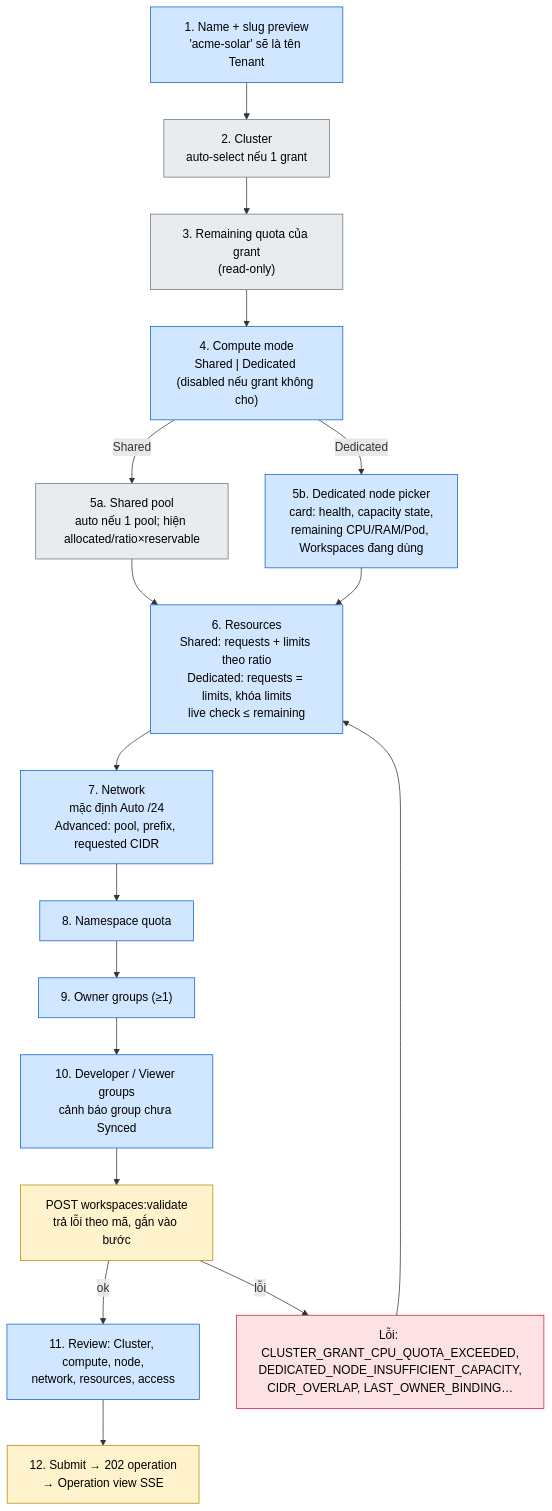
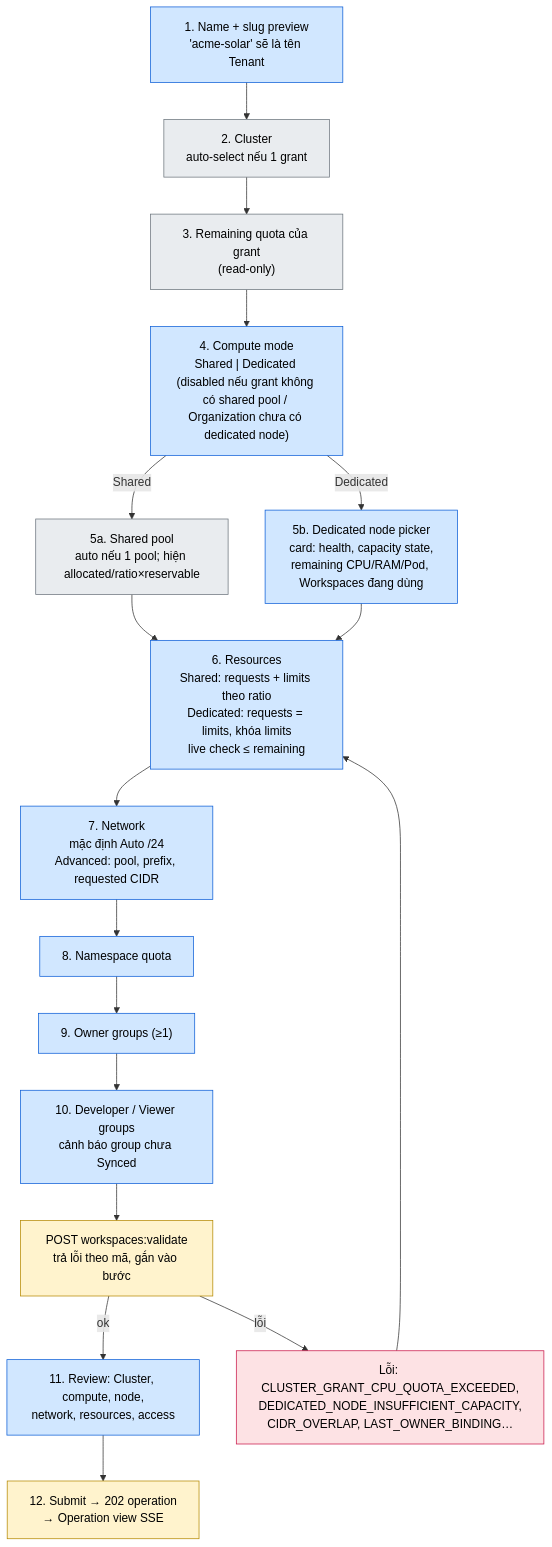
The fourth of 6 diagrams in docs/architecture/07-ux-wireflow.md (thaihoc1310/tenantry), drawn with Mermaid before and after one commit. The commit also changed 3 other files, not shown here.

Commit message:
docs(plan): drop leftover node selector from the seed and compute mode flags from grant, IPAM and wizard text

````diff
--- a/docs/architecture/07-ux-wireflow.md
+++ b/docs/architecture/07-ux-wireflow.md
@@ -139,30 +139,30 @@
 ```mermaid
 flowchart TB
   classDef st fill:#d1e7ff,stroke:#0b5ed7,color:#000
   classDef auto fill:#e9ecef,stroke:#6c757d,color:#000
   classDef api fill:#fff3cd,stroke:#b58900,color:#000
   classDef err fill:#fde2e4,stroke:#c9184a,color:#000
 
   B1["1. Name + slug preview<br/>'acme-solar' sẽ là tên Tenant"]:::st
   B2["2. Cluster<br/>auto-select nếu 1 grant"]:::auto
   B3["3. Remaining quota của grant<br/>(read-only)"]:::auto
-  B4["4. Compute mode<br/>Shared | Dedicated (disabled nếu grant không cho)"]:::st
+  B4["4. Compute mode<br/>Shared | Dedicated (disabled nếu grant không có shared pool / Organization chưa có dedicated node)"]:::st
   B5s["5a. Shared pool<br/>auto nếu 1 pool; hiện allocated/ratio×reservable"]:::auto
   B5d["5b. Dedicated node picker<br/>card: health, capacity state,<br/>remaining CPU/RAM/Pod, Workspaces đang dùng"]:::st
   B6["6. Resources<br/>Shared: requests + limits theo ratio<br/>Dedicated: requests = limits, khóa limits<br/>live check ≤ remaining"]:::st
   B7["7. Network<br/>mặc định Auto /24<br/>Advanced: pool, prefix, requested CIDR"]:::st
   B8["8. Namespace quota"]:::st
   B9["9. Owner groups (≥1)"]:::st
   B10["10. Developer / Viewer groups<br/>cảnh báo group chưa Synced"]:::st
   V["POST workspaces:validate<br/>trả lỗi theo mã, gắn vào bước"]:::api
   B11["11. Review: Cluster, compute, node,<br/>network, resources, access"]:::st
   B12["12. Submit → 202 operation<br/>→ Operation view SSE"]:::api
   E["Lỗi: CLUSTER_GRANT_CPU_QUOTA_EXCEEDED,<br/>DEDICATED_NODE_INSUFFICIENT_CAPACITY,<br/>CIDR_OVERLAP, LAST_OWNER_BINDING…"]:::err
 
   B1 --> B2 --> B3 --> B4
   B4 -->|"Shared"| B5s --> B6
   B4 -->|"Dedicated"| B5d --> B6
   B6 --> B7 --> B8 --> B9 --> B10 --> V
   V -->|"ok"| B11 --> B12
   V -->|"lỗi"| E --> B6
 ```
````
